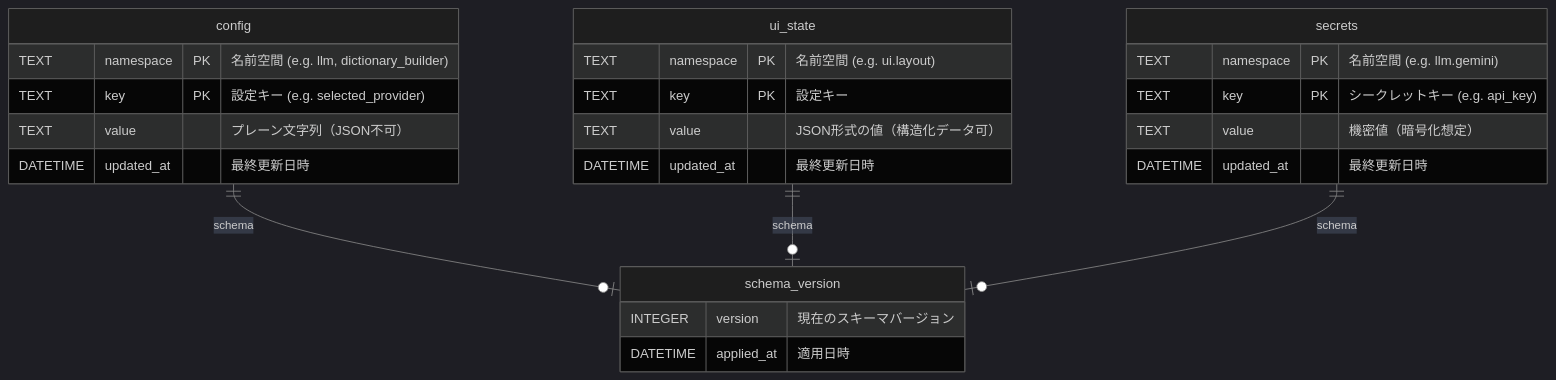
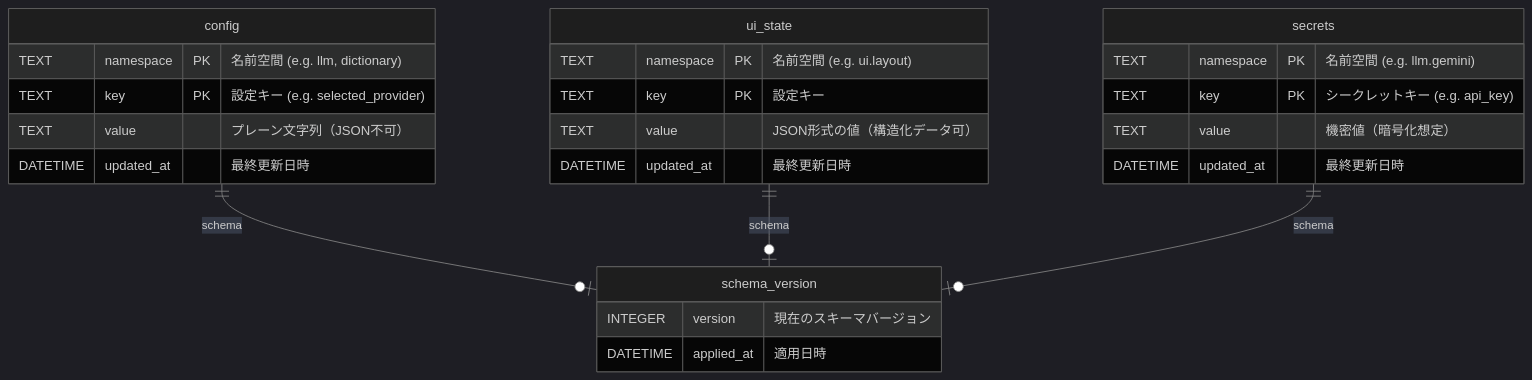
Before and after one commit to ishibata91/ai-translation-engine-2: the first of 7 diagrams in specs/database_erd.md, drawn with Mermaid. The commit also changed other lines of this file and 236 other files, not shown here.

````diff
--- a/specs/database_erd.md
+++ b/specs/database_erd.md
@@ -10,42 +10,42 @@
 ```mermaid
 %%{init: {'theme': 'dark', 'themeVariables': {
   'primaryColor': '#2b2b2b',
   'primaryTextColor': '#e0e0e0',
   'primaryBorderColor': '#7a81ff',
   'lineColor': '#888888',
   'secondaryColor': '#2d3748',
   'tertiaryColor': '#4a5568',
   'mainBkg': '#1e1e1e',
   'nodeBorder': '#5a5a5a'
 }}}%%
 erDiagram
     config ||--o| schema_version : "schema"
     ui_state ||--o| schema_version : "schema"
     secrets ||--o| schema_version : "schema"
     
     config {
-        TEXT namespace PK "名前空間 (e.g. llm, dictionary_builder)"
+        TEXT namespace PK "名前空間 (e.g. llm, dictionary)"
         TEXT key PK "設定キー (e.g. selected_provider)"
         TEXT value "プレーン文字列（JSON不可）"
         DATETIME updated_at "最終更新日時"
     }
 
     ui_state {
         TEXT namespace PK "名前空間 (e.g. ui.layout)"
         TEXT key PK "設定キー"
         TEXT value "JSON形式の値（構造化データ可）"
         DATETIME updated_at "最終更新日時"
     }
 
     secrets {
         TEXT namespace PK "名前空間 (e.g. llm.gemini)"
         TEXT key PK "シークレットキー (e.g. api_key)"
         TEXT value "機密値（暗号化想定）"
         DATETIME updated_at "最終更新日時"
     }
     
     schema_version {
         INTEGER version "現在のスキーマバージョン"
         DATETIME applied_at "適用日時"
     }
 ```
````
